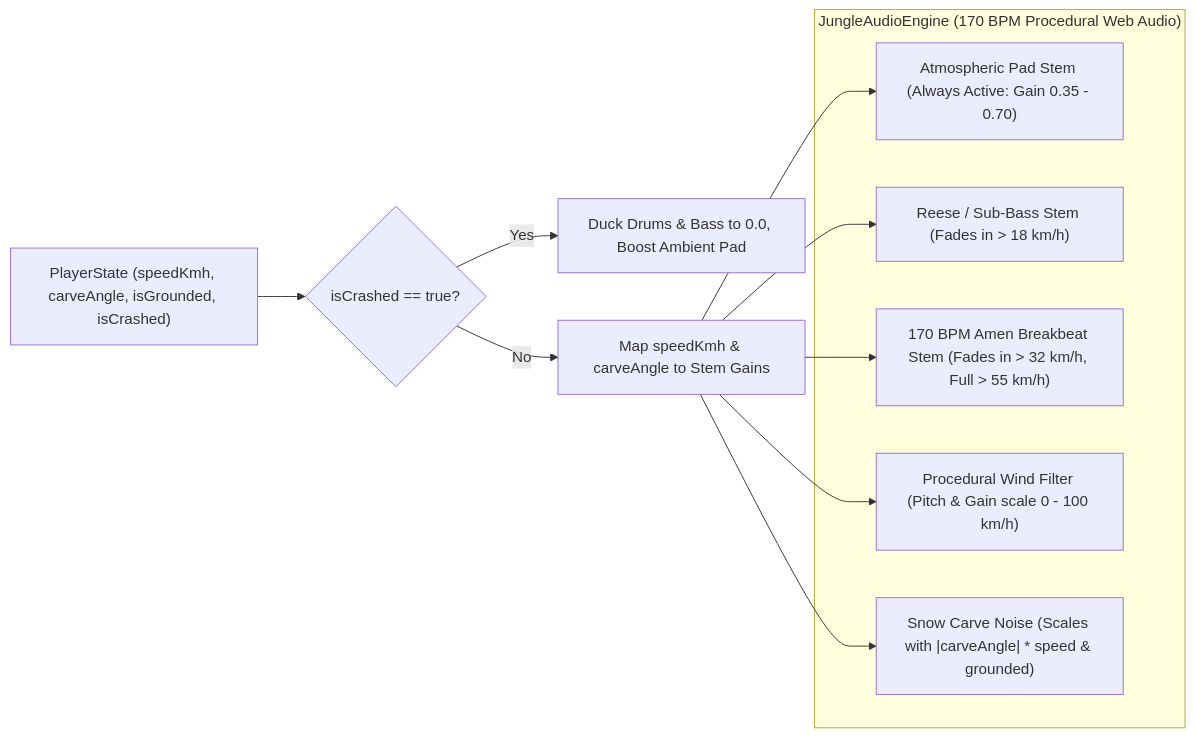
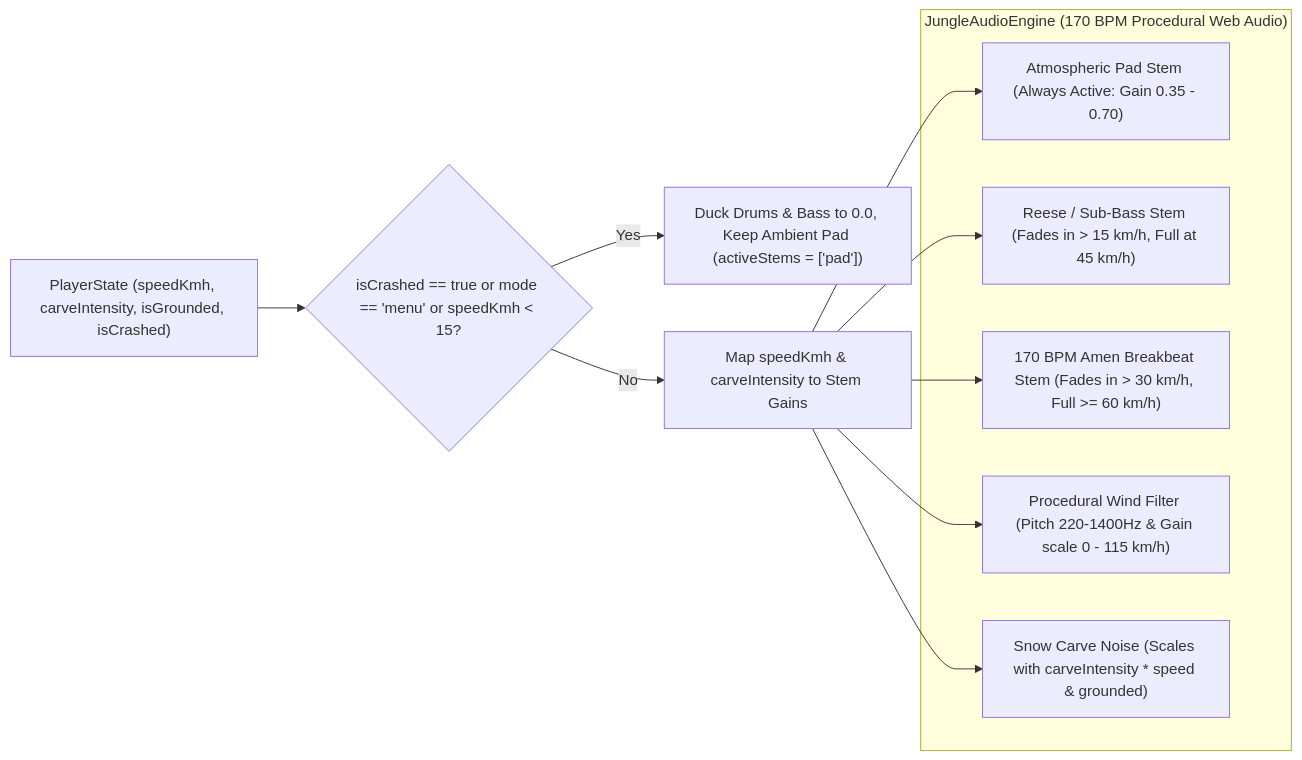
One commit to reynish/ogsnow changed the sixth of 6 diagrams in wiki/architecture.md. Above: the diagram before and after it, drawn with Mermaid. The commit also changed other lines of this file and 10 other files, not shown here.

````diff
--- a/wiki/architecture.md
+++ b/wiki/architecture.md
@@ -178,23 +178,23 @@
 ```mermaid
 flowchart LR
-    State["PlayerState (speedKmh, carveAngle, isGrounded, isCrashed)"]
+    State["PlayerState (speedKmh, carveIntensity, isGrounded, isCrashed)"]
     
     subgraph Mixer["JungleAudioEngine (170 BPM Procedural Web Audio)"]
         Pad["Atmospheric Pad Stem (Always Active: Gain 0.35 - 0.70)"]
-        Bass["Reese / Sub-Bass Stem (Fades in > 18 km/h)"]
-        Drums["170 BPM Amen Breakbeat Stem (Fades in > 32 km/h, Full > 55 km/h)"]
-        Wind["Procedural Wind Filter (Pitch & Gain scale 0 - 100 km/h)"]
-        Carve["Snow Carve Noise (Scales with |carveAngle| * speed & grounded)"]
+        Bass["Reese / Sub-Bass Stem (Fades in > 15 km/h, Full at 45 km/h)"]
+        Drums["170 BPM Amen Breakbeat Stem (Fades in > 30 km/h, Full >= 60 km/h)"]
+        Wind["Procedural Wind Filter (Pitch 220-1400Hz & Gain scale 0 - 115 km/h)"]
+        Carve["Snow Carve Noise (Scales with carveIntensity * speed & grounded)"]
     end
 
-    CrashLogic{"isCrashed == true?"}
+    CrashLogic{"isCrashed == true or mode == 'menu' or speedKmh < 15?"}
 
     State --> CrashLogic
-    CrashLogic -->|"Yes"| Duck["Duck Drums & Bass to 0.0, Boost Ambient Pad"]
-    CrashLogic -->|"No"| SpeedMap["Map speedKmh & carveAngle to Stem Gains"]
+    CrashLogic -->|"Yes"| Duck["Duck Drums & Bass to 0.0, Keep Ambient Pad (activeStems = ['pad'])"]
+    CrashLogic -->|"No"| SpeedMap["Map speedKmh & carveIntensity to Stem Gains"]
     SpeedMap --> Pad
     SpeedMap --> Bass
     SpeedMap --> Drums
     SpeedMap --> Wind
     SpeedMap --> Carve
 ```
````
